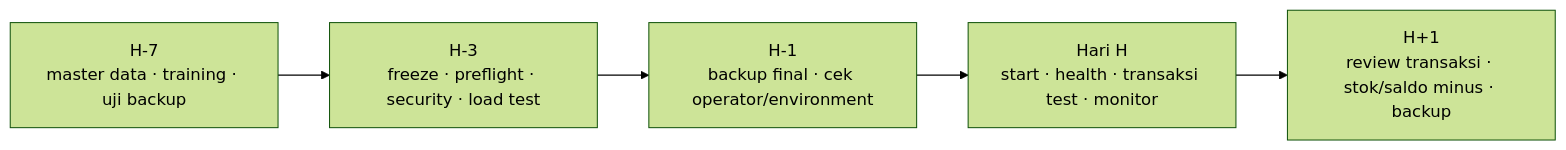
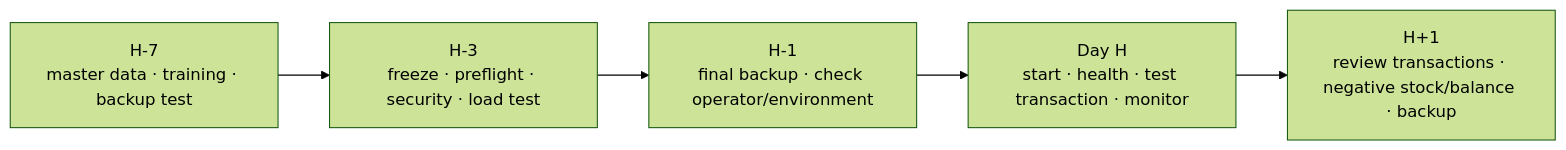
Before and after one commit to ahliweb/awcms: the third of 3 diagrams in docs/awcms/07_sprint_testing_production_readiness.md, drawn with Mermaid (forest theme). The commit also changed other lines of this file and 603 other files, not shown here.

````diff
--- a/docs/awcms/07_sprint_testing_production_readiness.md
+++ b/docs/awcms/07_sprint_testing_production_readiness.md
@@ -469,7 +471,7 @@
 ```mermaid
 flowchart LR
-  H7[H-7<br/>master data · training · uji backup] --> H3[H-3<br/>freeze · preflight · security · load test]
-  H3 --> H1[H-1<br/>backup final · cek operator/environment]
-  H1 --> H0[Hari H<br/>start · health · transaksi test · monitor]
-  H0 --> HP[H+1<br/>review transaksi · stok/saldo minus · backup]
+  H7[H-7<br/>master data · training · backup test] --> H3[H-3<br/>freeze · preflight · security · load test]
+  H3 --> H1[H-1<br/>final backup · check operator/environment]
+  H1 --> H0[Day H<br/>start · health · test transaction · monitor]
+  H0 --> HP[H+1<br/>review transactions · negative stock/balance · backup]
 ```
````
